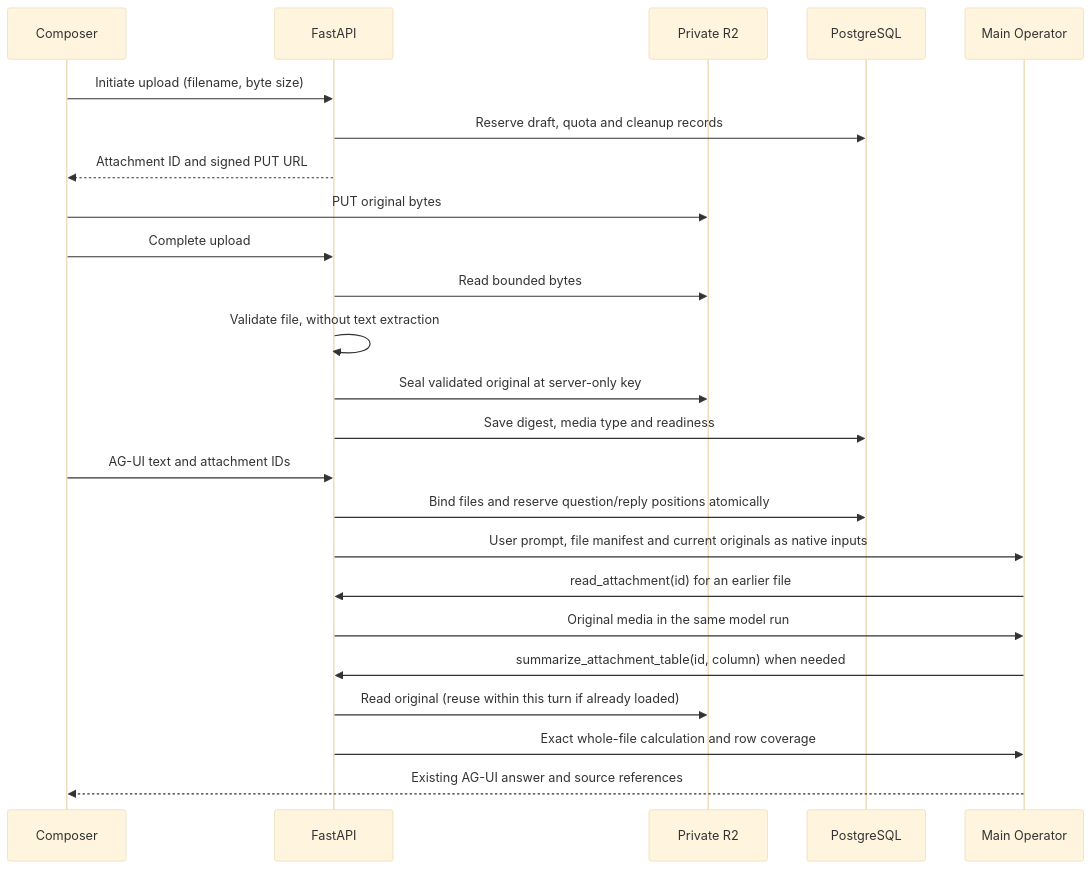
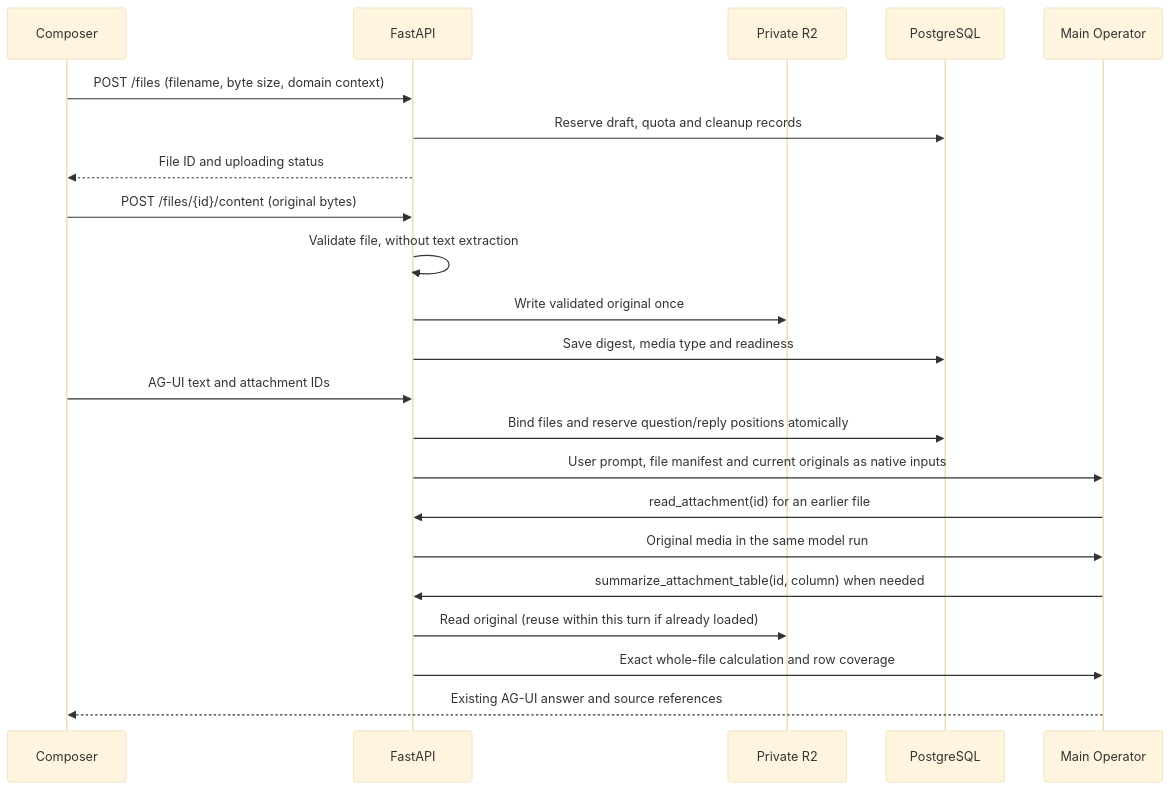
The diagram in docs/ATTACHMENTS_ARCHITECTURE.md (shekhardtu/fyn), drawn with Mermaid (base theme) before and after one commit. The commit also changed other lines of this file and 46 other files, not shown here.

````diff
--- a/docs/ATTACHMENTS_ARCHITECTURE.md
+++ b/docs/ATTACHMENTS_ARCHITECTURE.md
@@ -55,26 +58,24 @@
 ```mermaid
 sequenceDiagram
     participant UI as Composer
     participant API as FastAPI
     participant R2 as Private R2
     participant DB as PostgreSQL
     participant Agent as Main Operator
-    UI->>API: Initiate upload (filename, byte size)
+    UI->>API: POST /files (filename, byte size, domain context)
     API->>DB: Reserve draft, quota and cleanup records
-    API-->>UI: Attachment ID and signed PUT URL
-    UI->>R2: PUT original bytes
-    UI->>API: Complete upload
-    API->>R2: Read bounded bytes
+    API-->>UI: File ID and uploading status
+    UI->>API: POST /files/{id}/content (original bytes)
     API->>API: Validate file, without text extraction
-    API->>R2: Seal validated original at server-only key
+    API->>R2: Write validated original once
     API->>DB: Save digest, media type and readiness
     UI->>API: AG-UI text and attachment IDs
     API->>DB: Bind files and reserve question/reply positions atomically
     API->>Agent: User prompt, file manifest and current originals as native inputs
     Agent->>API: read_attachment(id) for an earlier file
     API->>Agent: Original media in the same model run
     Agent->>API: summarize_attachment_table(id, column) when needed
     API->>R2: Read original (reuse within this turn if already loaded)
     API->>Agent: Exact whole-file calculation and row coverage
     Agent-->>UI: Existing AG-UI answer and source references
 ```
````
